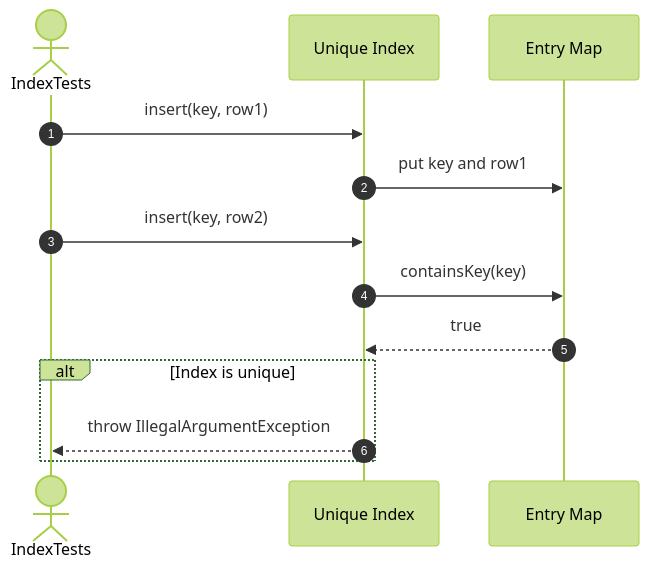
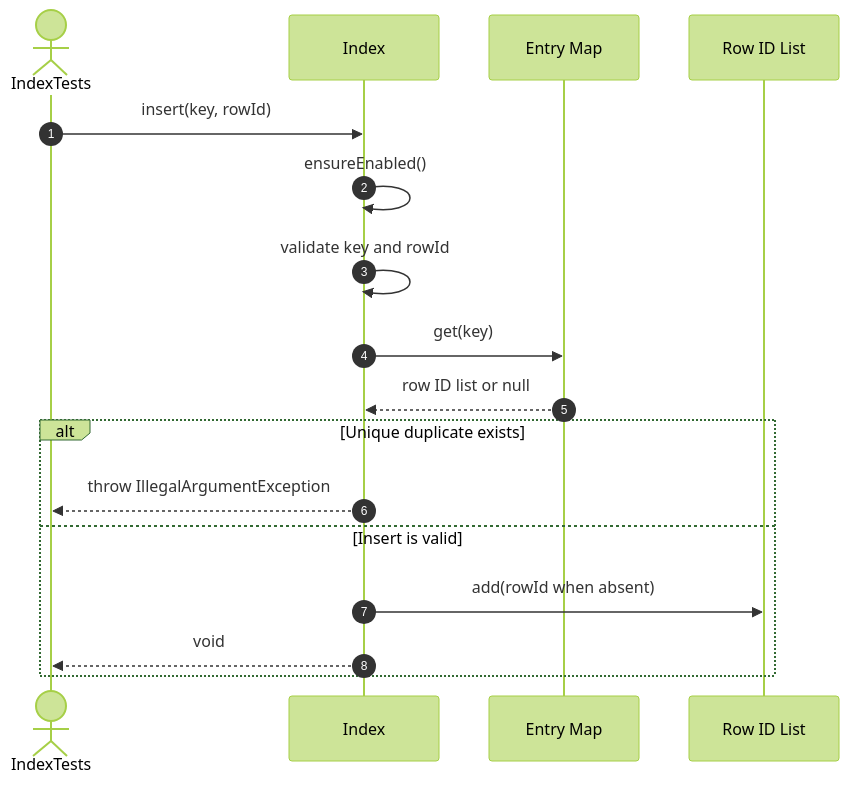
One commit to FhuAnn/-bbv-AN-s-DBMS changed diagram 25 of 50 in src/tests/unit/metadata/sequences/indexs-testing.se.md. Above: the diagram before and after it, drawn with Mermaid (forest theme). The commit also changed other lines of this file and 9 other files, not shown here.

Commit message:
table and row run test successfully, remaining constraint object

````diff
--- a/src/tests/unit/metadata/sequences/indexs-testing.se.md
+++ b/src/tests/unit/metadata/sequences/indexs-testing.se.md
@@ -111,18 +430,20 @@
 ```mermaid
 sequenceDiagram
     autonumber
     actor Test as IndexTests
-    participant Index as Unique Index
+    participant Index as Index
     participant Entries as Entry Map
+    participant RowIds as Row ID List
 
-    Test->>Index: insert(key, row1)
-    Index->>Entries: put key and row1
-
-    Test->>Index: insert(key, row2)
-    Index->>Entries: containsKey(key)
-    Entries-->>Index: true
-
-    alt Index is unique
-        Index-->>Test: throw IllegalArgumentException
+    Test->>Index: insert(key, rowId)
+    Index->>Index: ensureEnabled()
+    Index->>Index: validate key and rowId
+    Index->>Entries: get(key)
+    Entries-->>Index: row ID list or null
+    alt Unique duplicate exists
+    Index-->>Test: throw IllegalArgumentException
+    else Insert is valid
+    Index->>RowIds: add(rowId when absent)
+    Index-->>Test: void
     end
 ```
````
